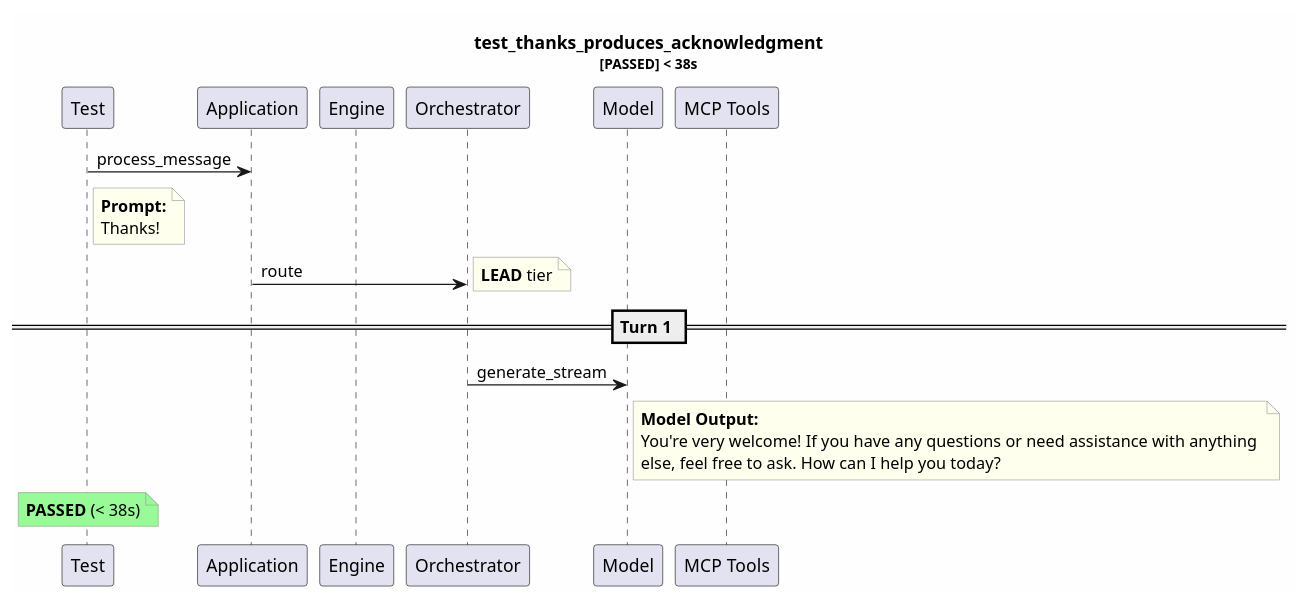
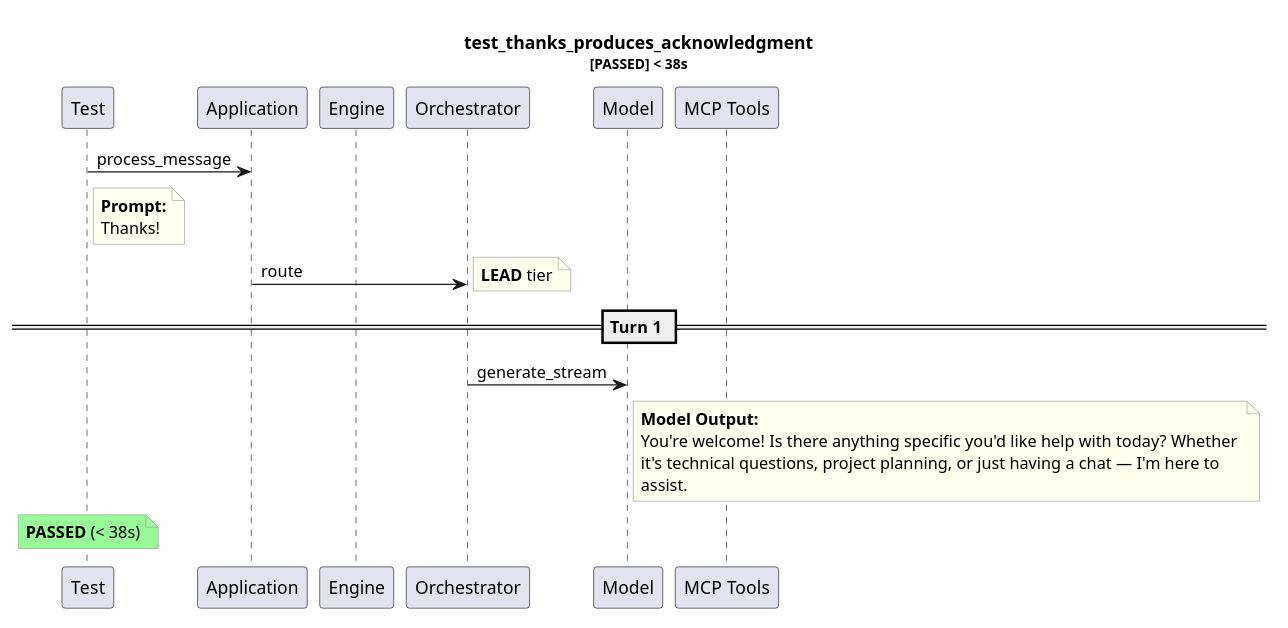
One commit to tvanfossen/entropic changed the diagram in test-reports/logs/test_thanks_produces_acknowledgment/test_thanks_produces_acknowledgment.puml. Above: the diagram before and after it, drawn with PlantUML. The commit also changed 12 other files, not shown here.

```diff
--- a/test-reports/logs/test_thanks_produces_acknowledgment/test_thanks_produces_acknowledgment.puml
+++ b/test-reports/logs/test_thanks_produces_acknowledgment/test_thanks_produces_acknowledgment.puml
@@ -1,32 +1,33 @@
 @startuml
 skinparam backgroundColor #FEFEFE
 skinparam noteBorderColor #999999
 skinparam noteBackgroundColor #FFFFEE
 title test_thanks_produces_acknowledgment\n<size:11>[PASSED] < 38s</size>
 
 participant "Test" as T
 participant "Application" as App
 participant "Engine" as Eng
 participant "Orchestrator" as Orch
 participant "Model" as Mdl
 participant "MCP Tools" as MCP
 
 T -> App: process_message
 note right of T
   **Prompt:**
   Thanks!
 end note
 App -> Orch: route
 note right: **LEAD** tier
 == Turn 1 ==
 Orch -> Mdl: generate_stream
 note right of Mdl
   **Model Output:**
-  You're very welcome! If you have any questions or need assistance with anything 
-  else, feel free to ask. How can I help you today?
+  You're welcome! Is there anything specific you'd like help with today? Whether 
+  it's technical questions, project planning, or just having a chat — I'm here to 
+  assist.
 end note
 note over T #palegreen
   **PASSED** (< 38s)
 end note
 
 @enduml
```
